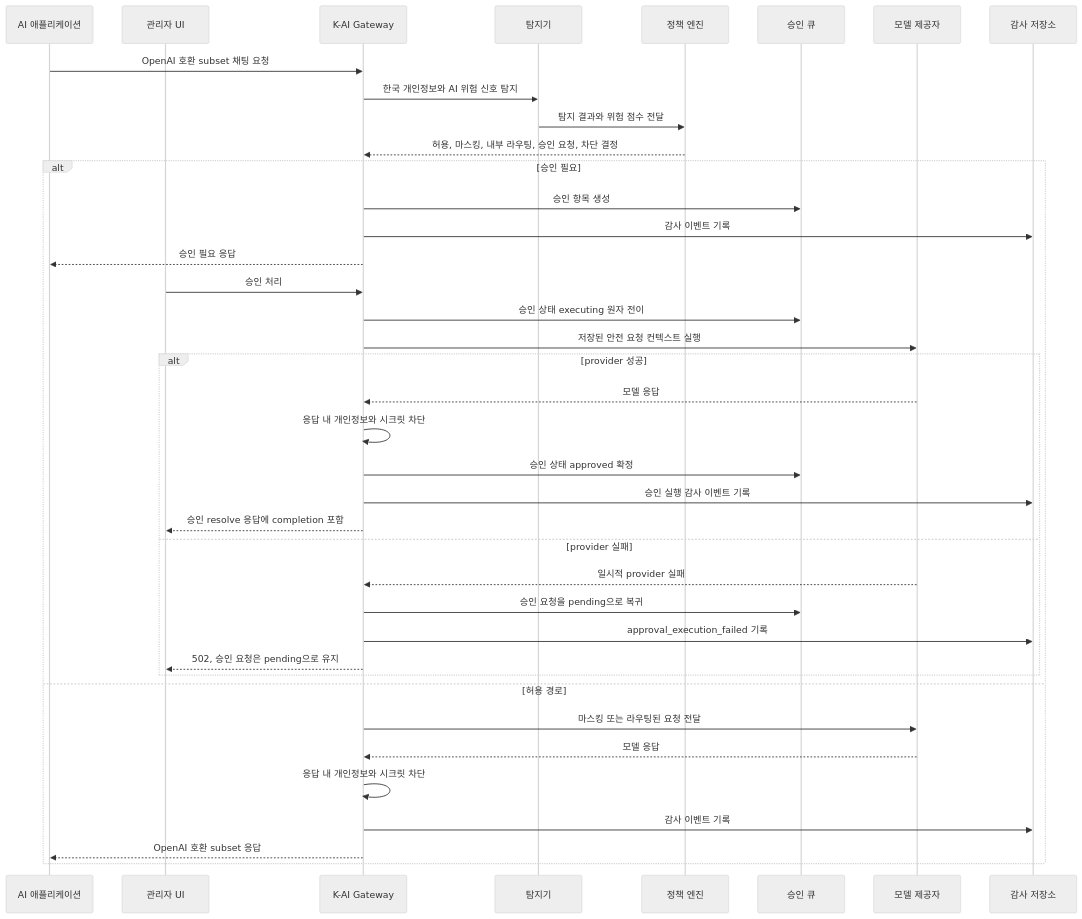
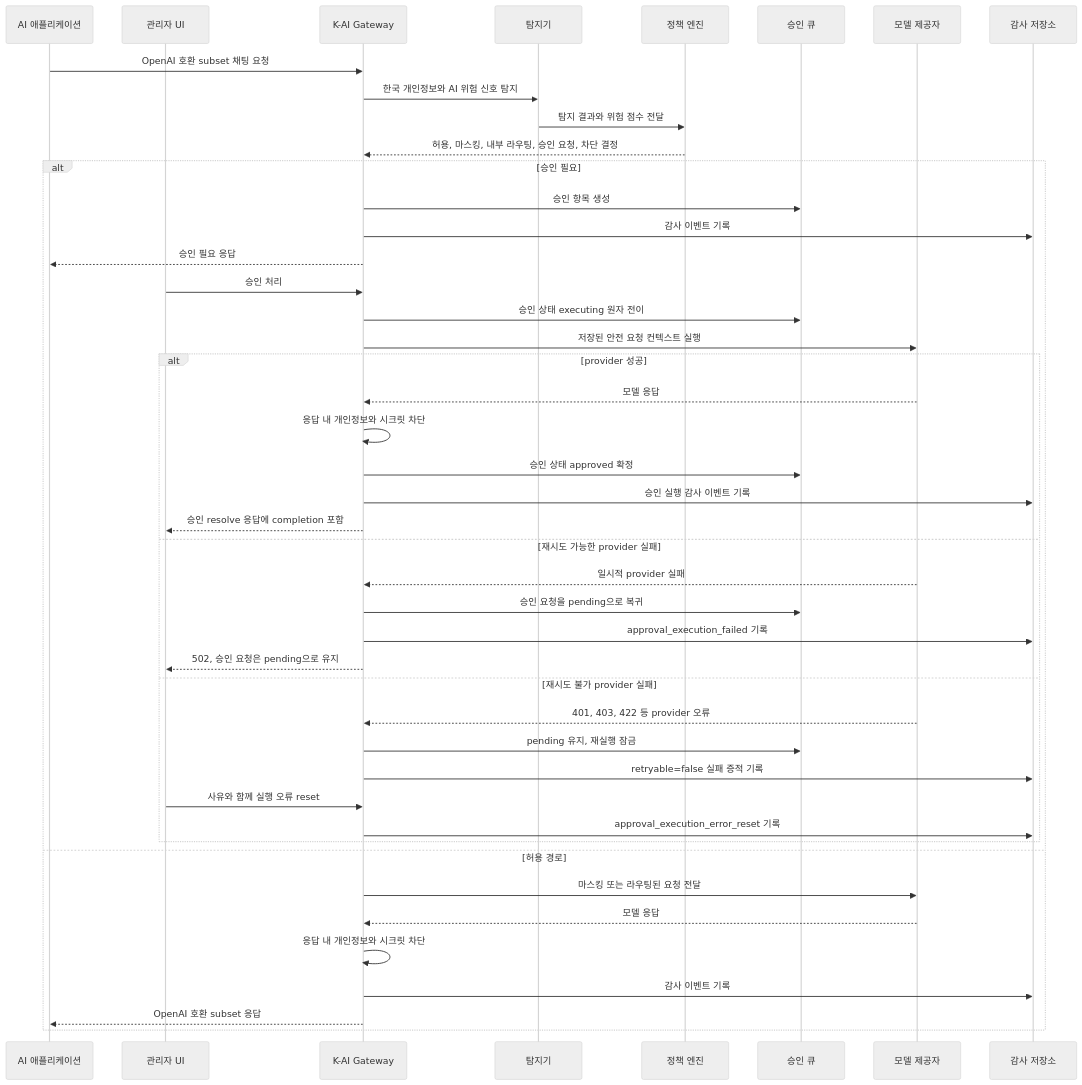
The second of 2 diagrams in README.ko.md (sinmb79/k-ai-security-gateway), drawn with Mermaid (neutral theme) before and after one commit. The commit also changed other lines of this file and 11 other files, not shown here.

Commit message:
fix: require reset for nonretryable approval failures (#10)

````diff
--- a/README.ko.md
+++ b/README.ko.md
@@ -67,42 +67,48 @@
 ```mermaid
 sequenceDiagram
     participant App as AI 애플리케이션
     participant Admin as 관리자 UI
     participant GW as K-AI Gateway
     participant D as 탐지기
     participant P as 정책 엔진
     participant Q as 승인 큐
     participant M as 모델 제공자
     participant A as 감사 저장소
 
     App->>GW: OpenAI 호환 subset 채팅 요청
     GW->>D: 한국 개인정보와 AI 위험 신호 탐지
     D->>P: 탐지 결과와 위험 점수 전달
     P-->>GW: 허용, 마스킹, 내부 라우팅, 승인 요청, 차단 결정
     alt 승인 필요
         GW->>Q: 승인 항목 생성
         GW->>A: 감사 이벤트 기록
         GW-->>App: 승인 필요 응답
         Admin->>GW: 승인 처리
         GW->>Q: 승인 상태 executing 원자 전이
         GW->>M: 저장된 안전 요청 컨텍스트 실행
         alt provider 성공
             M-->>GW: 모델 응답
             GW->>GW: 응답 내 개인정보와 시크릿 차단
             GW->>Q: 승인 상태 approved 확정
             GW->>A: 승인 실행 감사 이벤트 기록
             GW-->>Admin: 승인 resolve 응답에 completion 포함
-        else provider 실패
+        else 재시도 가능한 provider 실패
             M-->>GW: 일시적 provider 실패
             GW->>Q: 승인 요청을 pending으로 복귀
             GW->>A: approval_execution_failed 기록
             GW-->>Admin: 502, 승인 요청은 pending으로 유지
+        else 재시도 불가 provider 실패
+            M-->>GW: 401, 403, 422 등 provider 오류
+            GW->>Q: pending 유지, 재실행 잠금
+            GW->>A: retryable=false 실패 증적 기록
+            Admin->>GW: 사유와 함께 실행 오류 reset
+            GW->>A: approval_execution_error_reset 기록
         end
     else 허용 경로
         GW->>M: 마스킹 또는 라우팅된 요청 전달
         M-->>GW: 모델 응답
         GW->>GW: 응답 내 개인정보와 시크릿 차단
         GW->>A: 감사 이벤트 기록
         GW-->>App: OpenAI 호환 subset 응답
     end
 ```
````
